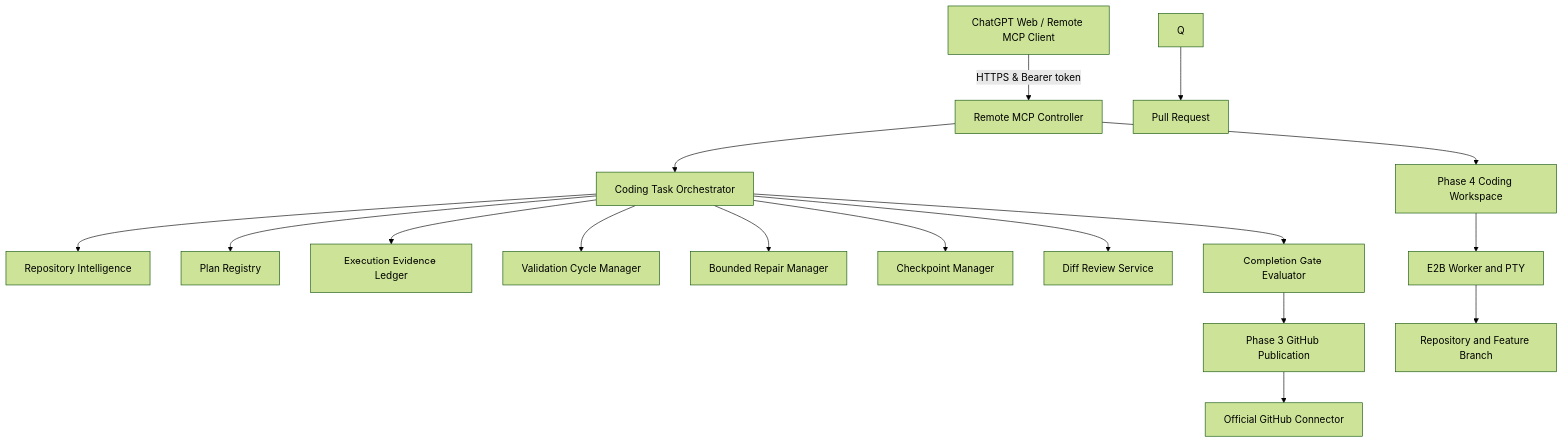
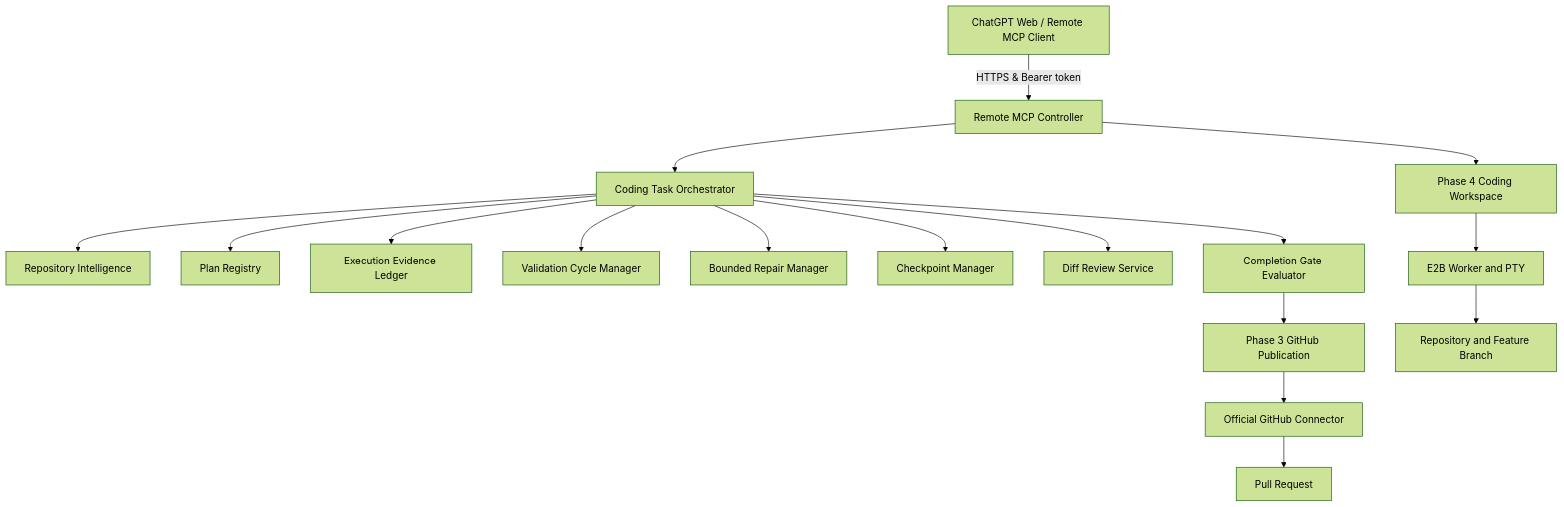
One commit to imMamdouhaboammar/e2b-agent-runtime changed the second of 2 diagrams in README.md. Above: the diagram before and after it, drawn with Mermaid (forest theme). The commit also changed other lines of this file and 36 other files, not shown here.

````diff
--- a/README.md
+++ b/README.md
@@ -9,19 +59,19 @@
 ```mermaid
 flowchart TD
     A[ChatGPT Web / Remote MCP Client] -->|HTTPS & Bearer token| B[Remote MCP Controller]
     B --> C[Coding Task Orchestrator]
     C --> D[Repository Intelligence]
     C --> E[Plan Registry]
     C --> F[Execution Evidence Ledger]
     C --> G[Validation Cycle Manager]
     C --> H[Bounded Repair Manager]
     C --> I[Checkpoint Manager]
     C --> J[Diff Review Service]
     C --> K[Completion Gate Evaluator]
     B --> L[Phase 4 Coding Workspace]
     L --> M[E2B Worker and PTY]
     M --> N[Repository and Feature Branch]
     K --> O[Phase 3 GitHub Publication]
     O --> P[Official GitHub Connector]
-    Q --> R[Pull Request]
+    P --> Q[Pull Request]
 ```
````
